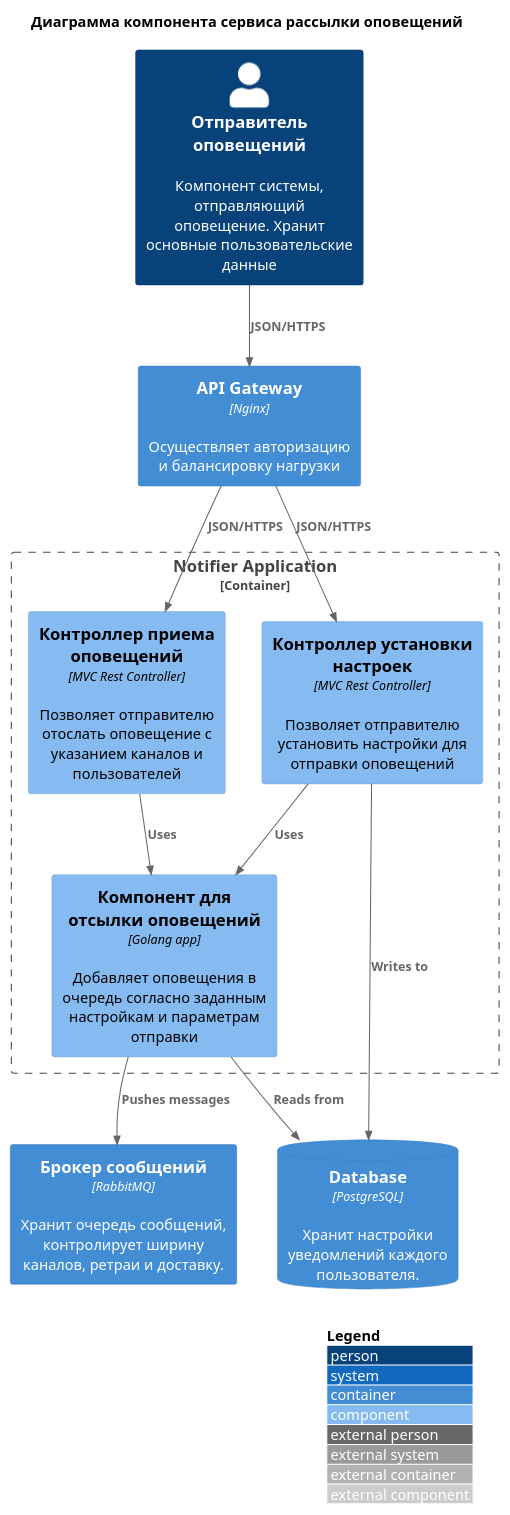
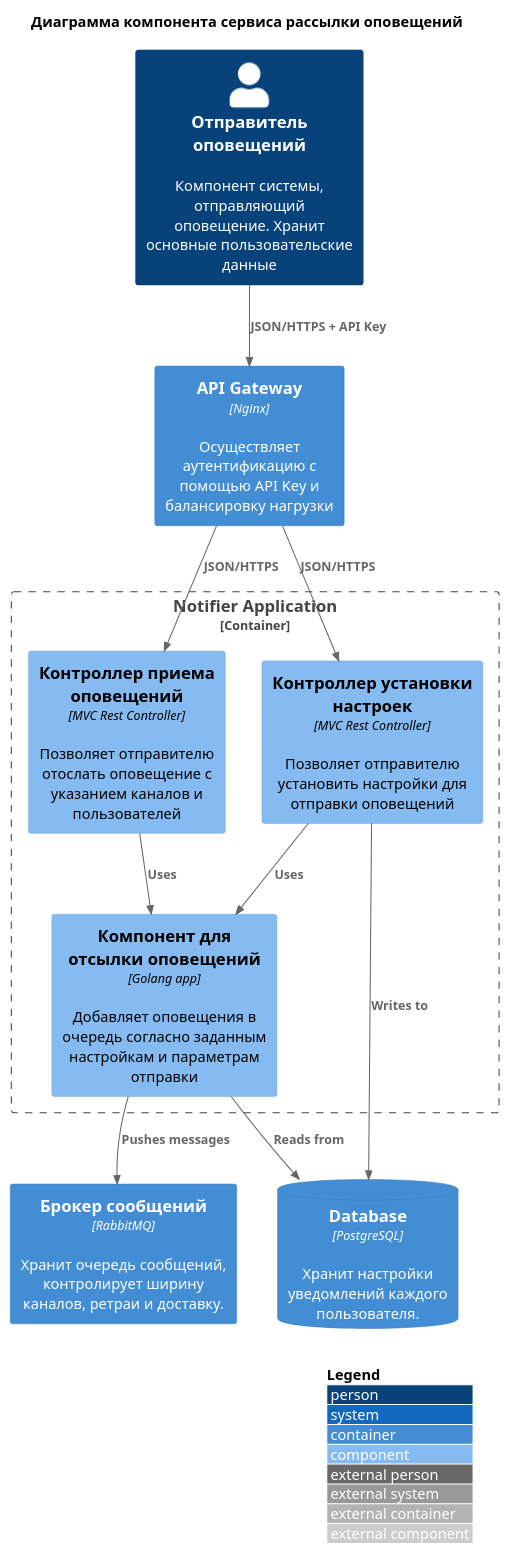
The diagram in notificator/static/puml/c3.puml (Yandex-Practicum/architect-practice-tpl), drawn with PlantUML before and after one commit. The commit also changed 3 other files, not shown here.

Commit message:
add auth to diagrams

```diff
--- a/notificator/static/puml/c3.puml
+++ b/notificator/static/puml/c3.puml
@@ -1,31 +1,31 @@
 @startuml
 
 !include https://raw.githubusercontent.com/plantuml-stdlib/C4-PlantUML/master/C4_Component.puml
 
 LAYOUT_WITH_LEGEND()
 
 title Диаграмма компонента сервиса рассылки оповещений
 
 Container(message_broker, "Брокер сообщений", "RabbitMQ", "Хранит очередь сообщений, контролирует ширину каналов, ретраи и доставку.")
 ContainerDb(db, "Database", "PostgreSQL", "Хранит настройки уведомлений каждого пользователя.")
 
 Person(sender_app, "Отправитель оповещений", "Компонент системы, отправляющий оповещение. Хранит основные пользовательские данные")
-Container(gateway, "API Gateway", "Nginx", "Осуществляет авторизацию и балансировку нагрузки")
+Container(gateway, "API Gateway", "Nginx", "Осуществляет аутентификацию с помощью API Key и балансировку нагрузки")
 
 Container_Boundary(api, "Notifier Application") {
     Component(settings, "Контроллер установки настроек", "MVC Rest Controller", "Позволяет отправителю установить настройки для отправки оповещений")
     Component(send_to, "Контроллер приема оповещений", "MVC Rest Controller", "Позволяет отправителю отослать оповещение с указанием каналов и пользователей")
     Component(sender, "Компонент для отсылки оповещений", "Golang app", "Добавляет оповещения в очередь согласно заданным настройкам и параметрам отправки")
 
     Rel(settings, db, "Writes to")
     Rel(settings, sender, "Uses")
     Rel(send_to, sender, "Uses")
     Rel(sender, db, "Reads from")
     Rel(sender, message_broker, "Pushes messages")
 }
 
-Rel(sender_app, gateway, "JSON/HTTPS")
+Rel(sender_app, gateway, "JSON/HTTPS + API Key")
 Rel(gateway, settings, "JSON/HTTPS")
 Rel(gateway, send_to, "JSON/HTTPS")
 
 @enduml
```
